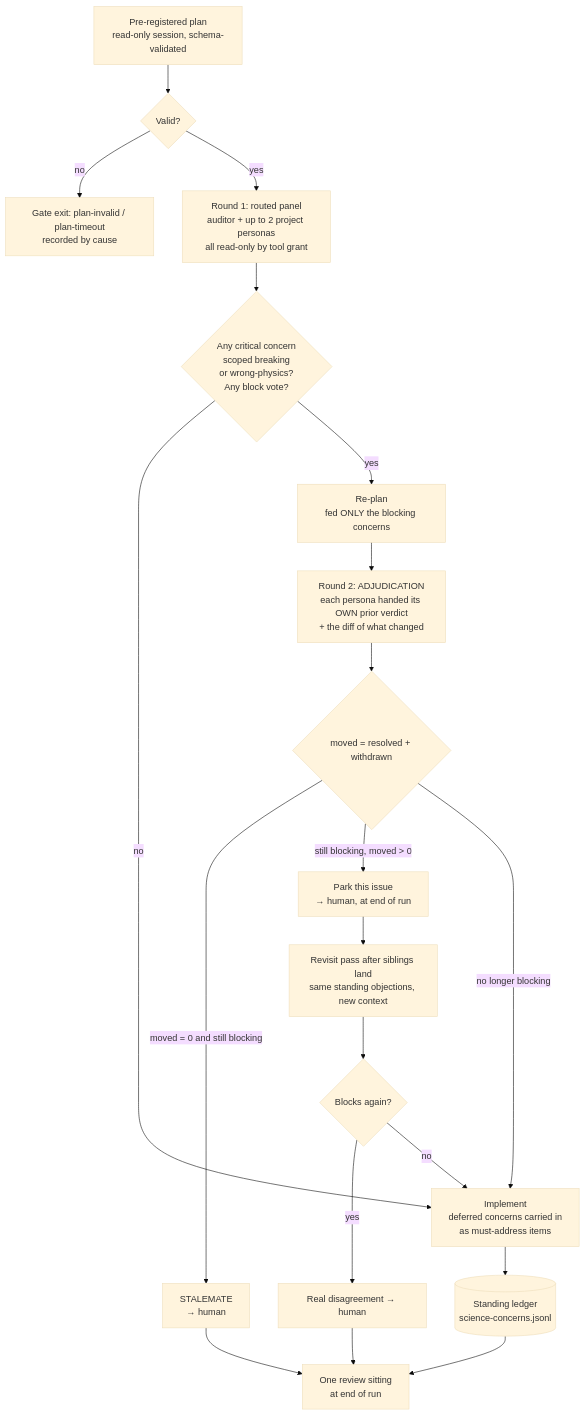
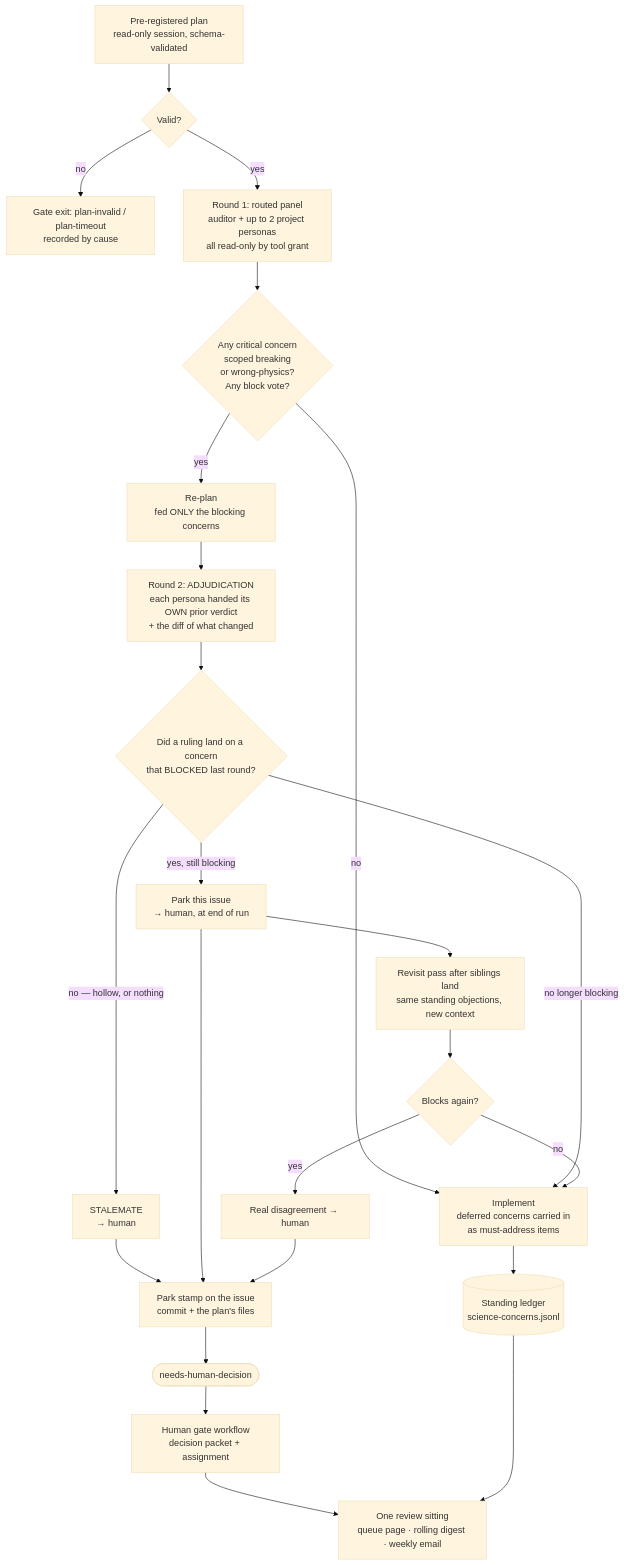
One commit to gaia-hazlab/gwl-space-time-smooth changed the diagram in docs/human-in-the-loop.md. Above: the diagram before and after it, drawn with Mermaid (base theme). The commit also changed other lines of this file and 21 other files, not shown here.

First line of the commit message:
gaia: close the four follow-ups, and give the human gate a way to reach a person

````diff
--- a/docs/human-in-the-loop.md
+++ b/docs/human-in-the-loop.md
@@ -179,22 +209,26 @@
 ```mermaid
 flowchart TD
     P[Pre-registered plan<br/>read-only session, schema-validated] --> V{Valid?}
     V -- no --> X1[Gate exit: plan-invalid / plan-timeout<br/>recorded by cause]
     V -- yes --> R1[Round 1: routed panel<br/>auditor + up to 2 project personas<br/>all read-only by tool grant]
     R1 --> D1{Any critical concern<br/>scoped breaking<br/>or wrong-physics?<br/>Any block vote?}
     D1 -- no --> IMPL[Implement<br/>deferred concerns carried in<br/>as must-address items]
     D1 -- yes --> REV[Re-plan<br/>fed ONLY the blocking concerns]
     REV --> R2[Round 2: ADJUDICATION<br/>each persona handed its OWN prior verdict<br/>+ the diff of what changed]
-    R2 --> MOVE{moved = resolved + withdrawn}
-    MOVE -- "moved = 0 and still blocking" --> STALE[STALEMATE<br/>→ human]
-    MOVE -- "still blocking, moved > 0" --> PARK[Park this issue<br/>→ human, at end of run]
+    R2 --> MOVE{Did a ruling land on a concern<br/>that BLOCKED last round?}
+    MOVE -- "no — hollow, or nothing" --> STALE[STALEMATE<br/>→ human]
+    MOVE -- "yes, still blocking" --> PARK[Park this issue<br/>→ human, at end of run]
     MOVE -- "no longer blocking" --> IMPL
     PARK --> REVISIT[Revisit pass after siblings land<br/>same standing objections, new context]
     REVISIT --> D2{Blocks again?}
     D2 -- yes --> HUMAN[Real disagreement → human]
     D2 -- no --> IMPL
     IMPL --> LEDGER[(Standing ledger<br/>science-concerns.jsonl)]
-    STALE --> SIT[One review sitting<br/>at end of run]
-    HUMAN --> SIT
+    STALE --> STAMP[Park stamp on the issue<br/>commit + the plan's files]
+    PARK --> STAMP
+    HUMAN --> STAMP
+    STAMP --> LABEL([needs-human-decision])
+    LABEL --> GATE[Human gate workflow<br/>decision packet + assignment]
+    GATE --> SIT[One review sitting<br/>queue page · rolling digest · weekly email]
     LEDGER --> SIT
 ```
````
